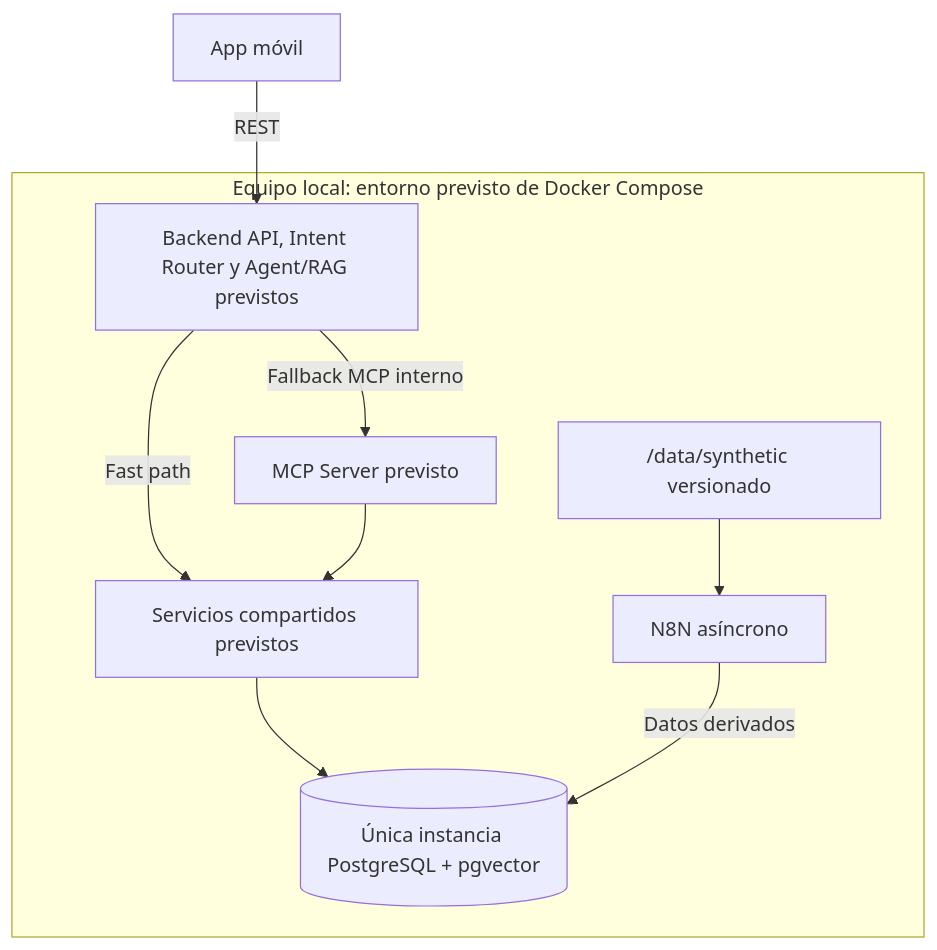
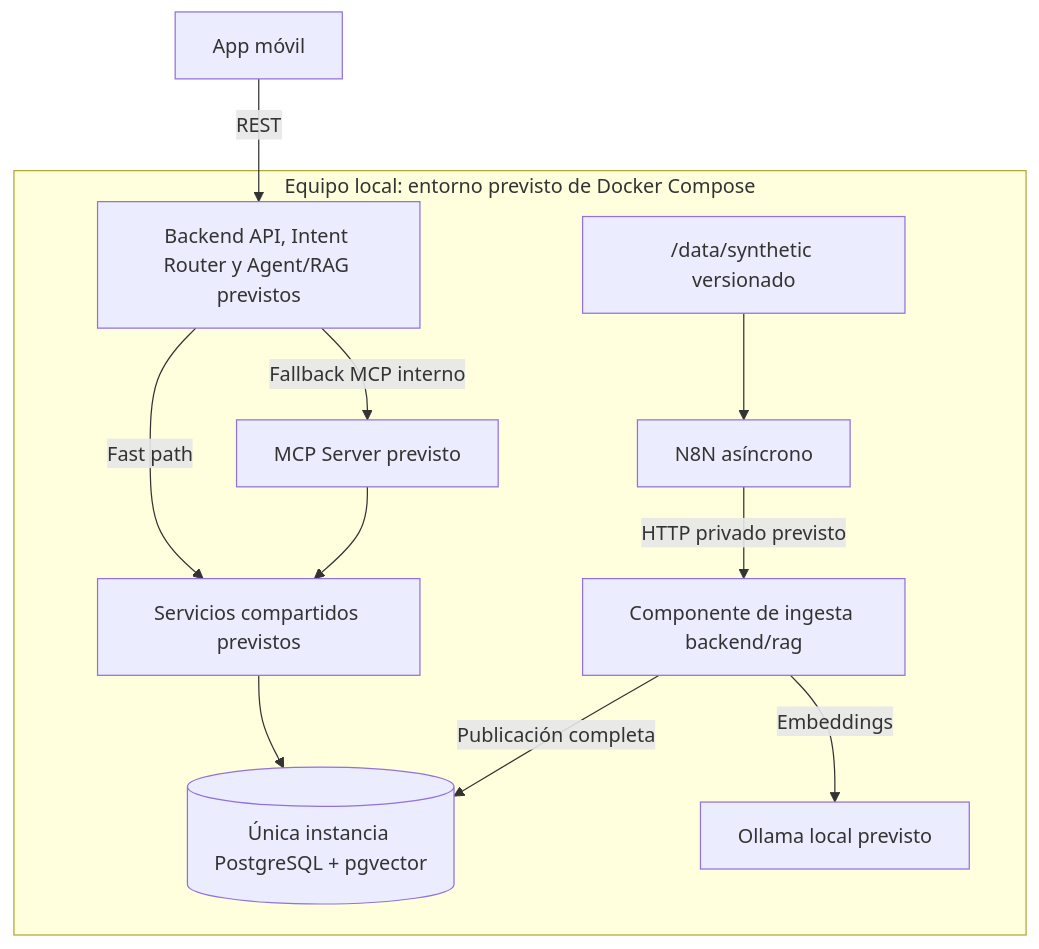
The third of 3 diagrams in docs/arquitectura.md (XeyKG/BanuChat_), drawn with Mermaid before and after one commit. The commit also changed other lines of this file and 7 other files, not shown here.

````diff
--- a/docs/arquitectura.md
+++ b/docs/arquitectura.md
@@ -92,12 +97,14 @@
 ```mermaid
 flowchart TB
     M["App móvil"] -->|"REST"| B["Backend API, Intent Router y Agent/RAG previstos"]
     subgraph LOCAL["Equipo local: entorno previsto de Docker Compose"]
         B -->|"Fallback MCP interno"| C["MCP Server previsto"]
         B -->|"Fast path"| S["Servicios compartidos previstos"]
         C --> S
         S --> P[("Única instancia PostgreSQL + pgvector")]
-        N["N8N asíncrono"] -->|"Datos derivados"| P
+        N["N8N asíncrono"] -->|"HTTP privado previsto"| I["Componente de ingesta backend/rag"]
+        I -->|"Publicación completa"| P
+        I -->|"Embeddings"| O["Ollama local previsto"]
         D["/data/synthetic versionado"] --> N
     end
 ```
````
